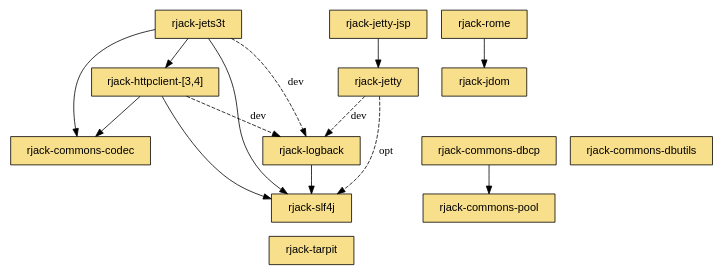
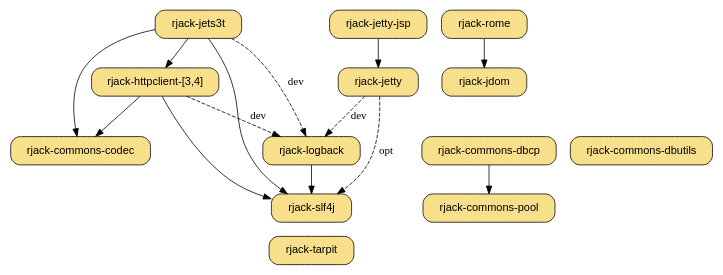
One commit to dekellum/rjack changed the diagram in www/rjack.dot. Above: the diagram before and after it, drawn with Graphviz. The commit also changed 1 other file, not shown here.

Commit message:
round corners in deps graph.

```diff
--- a/www/rjack.dot
+++ b/www/rjack.dot
@@ -1,57 +1,57 @@
 digraph "RJack Gem Dependency Graph" {
   bgcolor="transparent";
   rankdir=TB;
   size="7.4,10";
-  node [ shape=box, style=filled, fillcolor="#f8df8b", fontname="Arial",
-         margin="0.30,0.1" ];
+  node [ shape=box, style="filled,rounded", fillcolor="#f8df8b",
+         fontname="Arial", margin="0.30,0.1" ];
 
   "rjack-jets3t" -> "rjack-httpclient";
   "rjack-jets3t" -> "rjack-commons-codec";
   "rjack-jets3t" -> "rjack-slf4j";
   "rjack-jets3t" -> "rjack-logback" [ style=dashed, label="dev" ];
 
   subgraph u {
     rank=same
     "rjack-rome"   [ target=_parent, URL="rome/" ];
     "rjack-jets3t" [ target=_parent, URL="jets3t/" ];
   }
 
   "rjack-jdom"     [ target=_parent, URL="jdom/" ];
   "rjack-rome" -> "rjack-jdom"
 
   "rjack-httpclient" [ target=_parent, URL="httpclient-3/",
                        shape=record, label="rjack-httpclient-[3,4]" ];
 
   "rjack-httpclient" -> "rjack-commons-codec";
   "rjack-httpclient" -> "rjack-logback" [ style=dashed, label="dev" ];
   "rjack-httpclient" -> "rjack-slf4j";
 
   "rjack-jetty"     [ target=_parent, URL="jetty/" ];
   "rjack-jetty-jsp" [ target=_parent, URL="jetty-jsp/" ];
   "rjack-jetty-jsp" -> "rjack-jetty";
 
   "rjack-jetty" -> "rjack-logback" [ style=dashed, label="dev" ];
   "rjack-jetty" -> "rjack-slf4j"   [ style=dashed, label="opt" ];
 
   "rjack-slf4j"   [ target=_parent, URL="slf4j/", group=log ];
   "rjack-logback" [ target=_parent, URL="logback/", group=log ];
 
   "rjack-logback" -> "rjack-slf4j";
 
   "rjack-commons-codec"   [ target=_parent, URL="commons-codec/", group=commons ];
 
   subgraph d {
     rank=same
     "rjack-commons-dbcp"    [ target=_parent, URL="commons-dbcp/", group=commons ];
     "rjack-commons-dbutils" [ target=_parent, URL="commons-dbutils/", group=commons ];
   }
 
   "rjack-commons-pool"    [ target=_parent, URL="commons-pool/", group=commons ];
   "rjack-commons-dbcp" -> "rjack-commons-pool";
 
   subgraph t {
     rank=sink
     "rjack-tarpit" [ target=_parent, URL="tarpit/" ];
   }
 
 }
```
